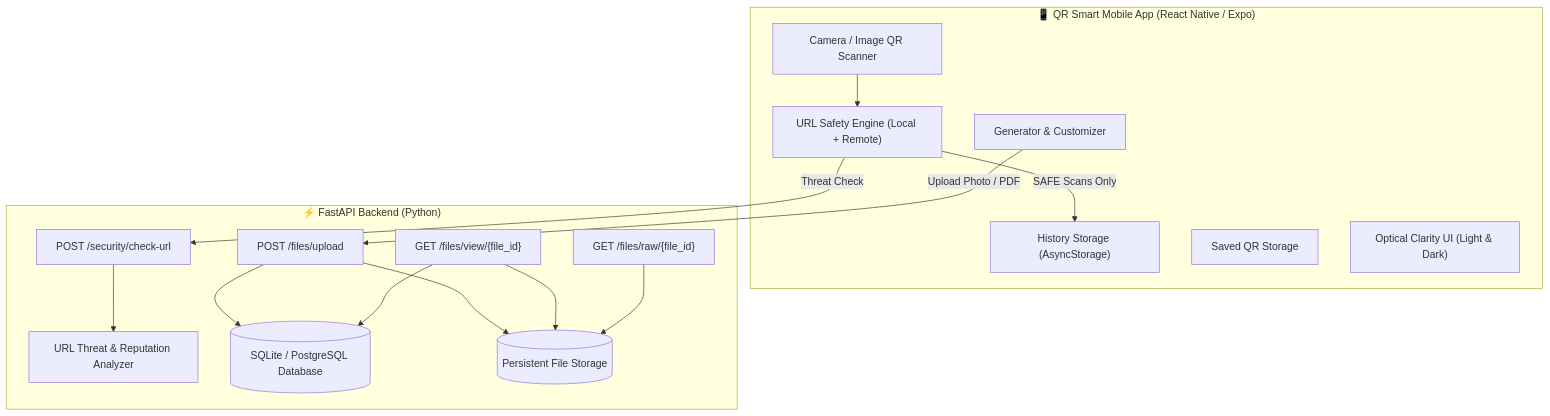
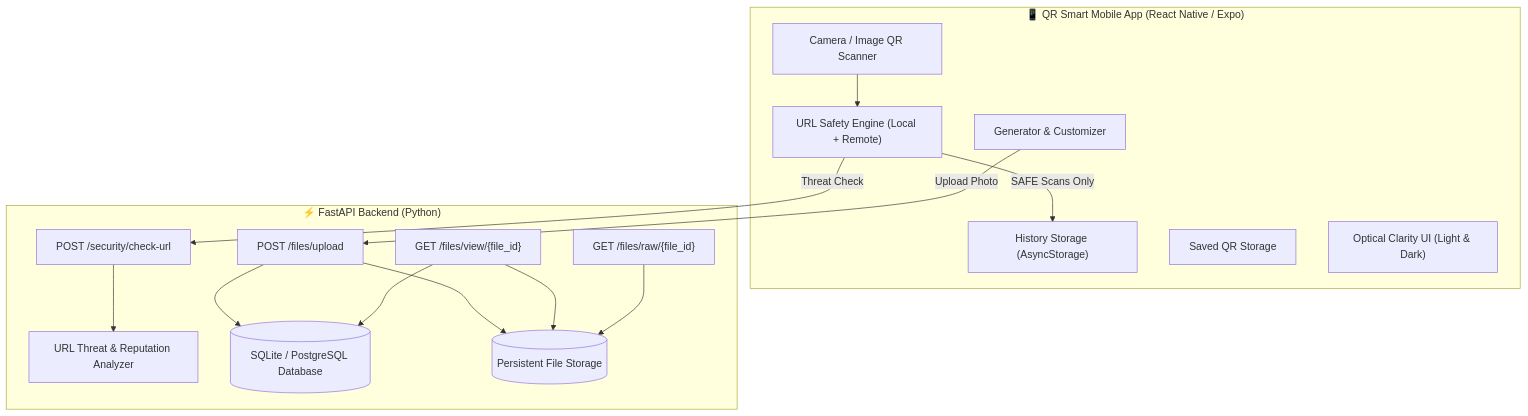
Before and after one commit to Kiruthikeyan-S/QR-scanner-app: the diagram in README.md, drawn with Mermaid. The commit also changed other lines of this file and 7 other files, not shown here.

````diff
--- a/README.md
+++ b/README.md
@@ -86,32 +78,32 @@
 ```mermaid
 flowchart TD
     subgraph MobileApp["📱 QR Smart Mobile App (React Native / Expo)"]
         Scanner["Camera / Image QR Scanner"]
         SafetyEngine["URL Safety Engine (Local + Remote)"]
         GenSelect["Generator & Customizer"]
         HistStore["History Storage (AsyncStorage)"]
         SavedStore["Saved QR Storage"]
         UI["Optical Clarity UI (Light & Dark)"]
     end
 
     subgraph Backend["⚡ FastAPI Backend (Python)"]
         SecurityEndpoint["POST /security/check-url"]
         ThreatAnalyzer["URL Threat & Reputation Analyzer"]
         FileUpload["POST /files/upload"]
         FileViewer["GET /files/view/{file_id}"]
         FileRaw["GET /files/raw/{file_id}"]
         DB[(SQLite / PostgreSQL Database)]
         LocalStorage[(Persistent File Storage)]
     end
 
     Scanner --> SafetyEngine
     SafetyEngine -- "Threat Check" --> SecurityEndpoint
     SecurityEndpoint --> ThreatAnalyzer
-    GenSelect -- "Upload Photo / PDF" --> FileUpload
+    GenSelect -- "Upload Photo" --> FileUpload
     FileUpload --> DB
     FileUpload --> LocalStorage
     FileViewer --> DB
     FileViewer --> LocalStorage
     FileRaw --> LocalStorage
     SafetyEngine -- "SAFE Scans Only" --> HistStore
 ```
````
